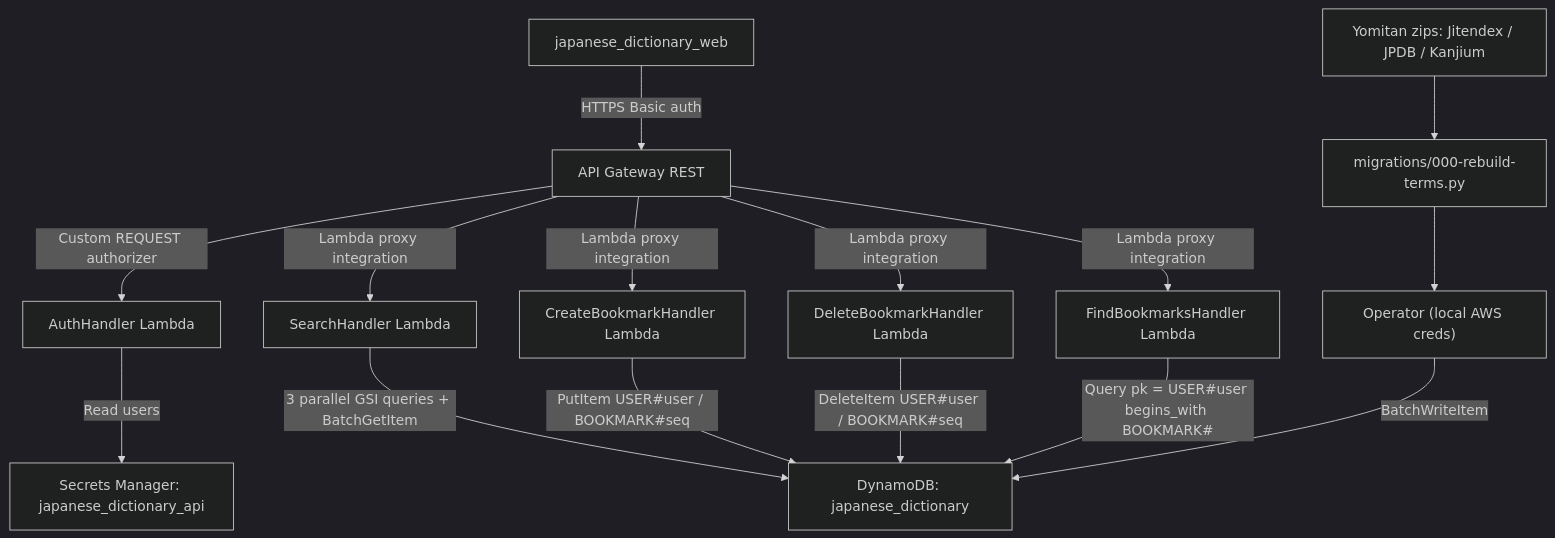
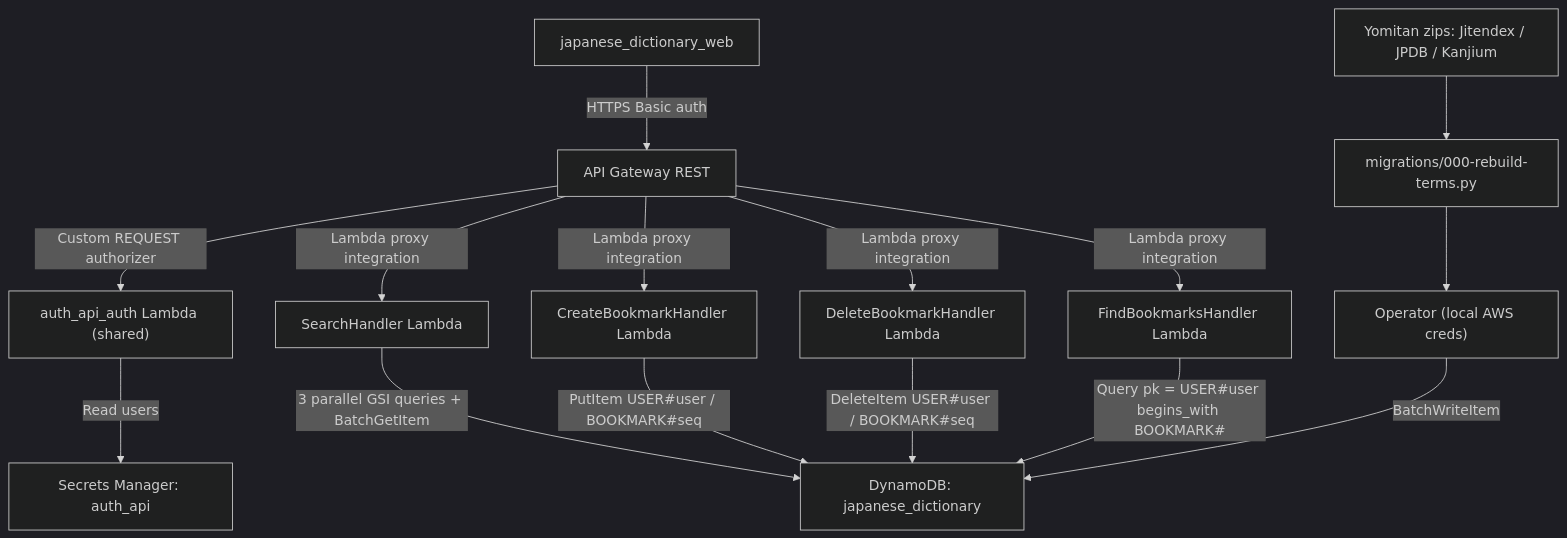
One commit to jordansimsmith/jordansimsmith-com changed the first of 4 diagrams in japanese_dictionary_api/README.md. Above: the diagram before and after it, drawn with Mermaid (dark theme). The commit also changed other lines of this file and 52 other files, not shown here.

Commit message:
Centralise lambda authorizers into shared auth_api service

````diff
--- a/japanese_dictionary_api/README.md
+++ b/japanese_dictionary_api/README.md
@@ -56,17 +56,17 @@
 ```mermaid
 flowchart TD
   webClient["japanese_dictionary_web"] -->|"HTTPS Basic auth"| apiGateway["API Gateway REST"]
-  apiGateway -->|"Custom REQUEST authorizer"| authLambda["AuthHandler Lambda"]
-  authLambda -->|"Read users"| secretsManager["Secrets Manager: japanese_dictionary_api"]
+  apiGateway -->|"Custom REQUEST authorizer"| authLambda["auth_api_auth Lambda (shared)"]
+  authLambda -->|"Read users"| secretsManager["Secrets Manager: auth_api"]
   apiGateway -->|"Lambda proxy integration"| searchLambda["SearchHandler Lambda"]
   apiGateway -->|"Lambda proxy integration"| createBookmarkLambda["CreateBookmarkHandler Lambda"]
   apiGateway -->|"Lambda proxy integration"| deleteBookmarkLambda["DeleteBookmarkHandler Lambda"]
   apiGateway -->|"Lambda proxy integration"| findBookmarksLambda["FindBookmarksHandler Lambda"]
   searchLambda -->|"3 parallel GSI queries + BatchGetItem"| dynamoTable["DynamoDB: japanese_dictionary"]
   createBookmarkLambda -->|"PutItem USER#user / BOOKMARK#seq"| dynamoTable
   deleteBookmarkLambda -->|"DeleteItem USER#user / BOOKMARK#seq"| dynamoTable
   findBookmarksLambda -->|"Query pk = USER#user begins_with BOOKMARK#"| dynamoTable
   operator["Operator (local AWS creds)"] -->|"BatchWriteItem"| dynamoTable
   zips["Yomitan zips: Jitendex / JPDB / Kanjium"] --> migration["migrations/000-rebuild-terms.py"]
   migration --> operator
 ```
````
